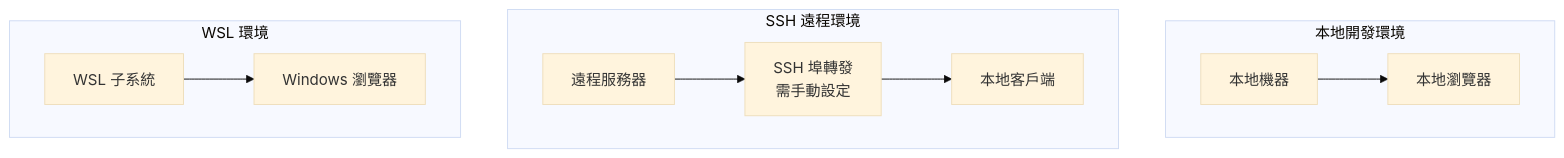
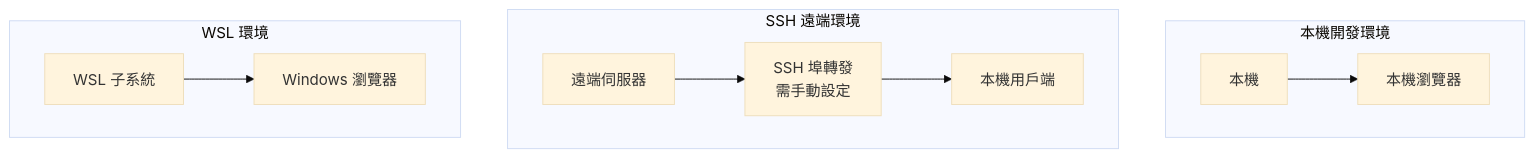
One commit to CloudEngineHub/mcp-feedback-enhanced changed the first of 2 diagrams in docs/architecture/deployment-guide.md. Above: the diagram before and after it, drawn with Mermaid (base theme). The commit also changed other lines of this file, not shown here.

````diff
--- a/docs/architecture/deployment-guide.md
+++ b/docs/architecture/deployment-guide.md
@@ -9,22 +9,22 @@
 ```mermaid
 graph TB
-    subgraph "本地開發環境"
-        LOCAL[本地機器]
-        LOCAL_BROWSER[本地瀏覽器]
+    subgraph "本機開發環境"
+        LOCAL[本機]
+        LOCAL_BROWSER[本機瀏覽器]
         LOCAL --> LOCAL_BROWSER
     end
 
-    subgraph "SSH 遠程環境"
-        REMOTE[遠程服務器]
+    subgraph "SSH 遠端環境"
+        REMOTE[遠端伺服器]
         SSH_TUNNEL[SSH 埠轉發<br/>需手動設定]
-        LOCAL_CLIENT[本地客戶端]
+        LOCAL_CLIENT[本機用戶端]
         REMOTE --> SSH_TUNNEL
         SSH_TUNNEL --> LOCAL_CLIENT
     end
 
     subgraph "WSL 環境"
         WSL[WSL 子系統]
         WIN_BROWSER[Windows 瀏覽器]
         WSL --> WIN_BROWSER
     end
 ```
````
